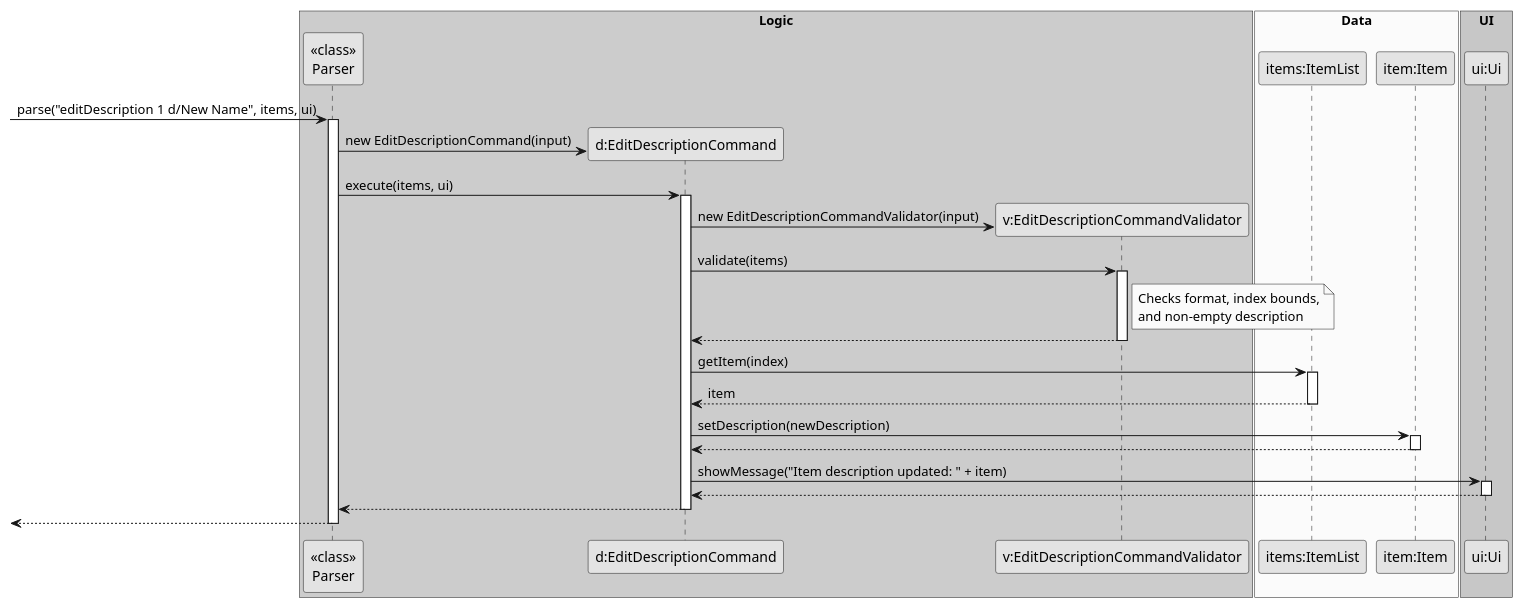
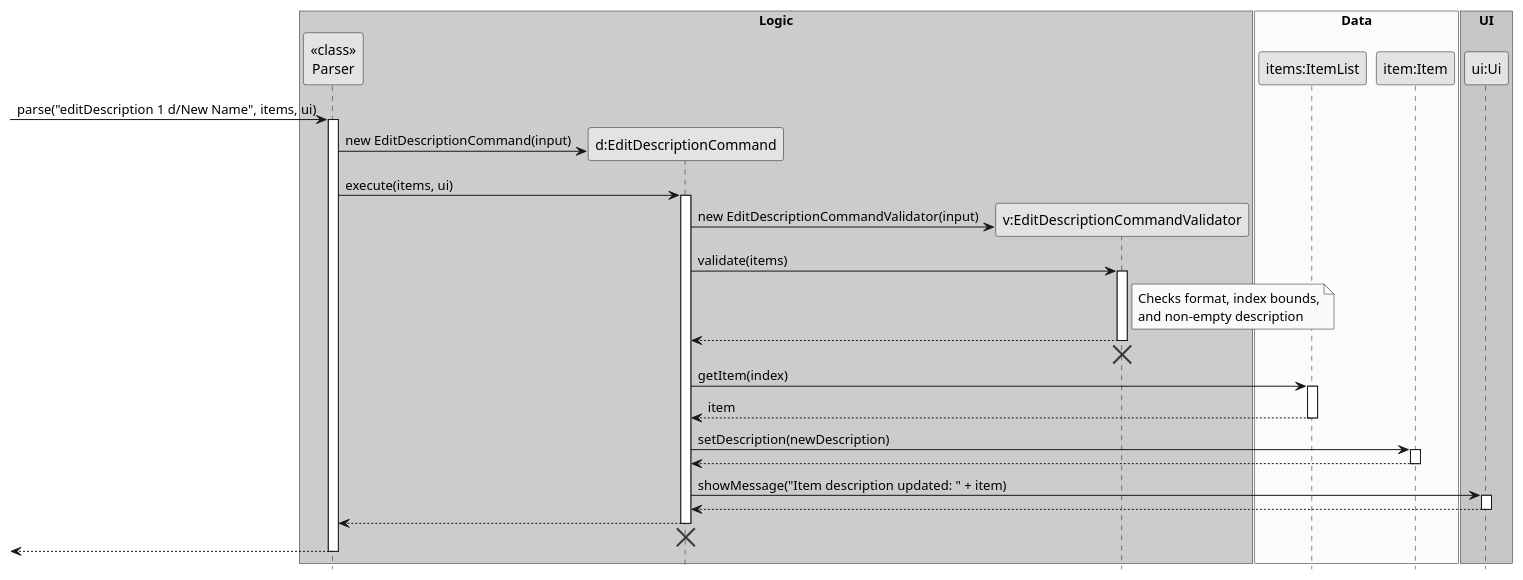
The diagram in docs/diagrams/EditDescriptionCommandSequenceDiagram.puml (fmohamedfaras/tp), drawn with PlantUML before and after one commit. The commit also changed 14 other files, not shown here.

First line of the commit message:
Edit uml sequence diagrams

```diff
--- a/docs/diagrams/EditDescriptionCommandSequenceDiagram.puml
+++ b/docs/diagrams/EditDescriptionCommandSequenceDiagram.puml
@@ -1,62 +1,67 @@
 @startuml
 skinparam monochrome true
 skinparam shadowing false
+hide footbox
 
 box "Logic" #LightBlue
 participant "<<class>>\nParser" as Parser
 participant "d:EditDescriptionCommand" as EditDescriptionCommand
 participant "v:EditDescriptionCommandValidator" as EditDescriptionCommandValidator
 end box
 
 box "Data" #LightYellow
 participant "items:ItemList" as ItemList
 participant "item:Item" as Item
 end box
 
 box "UI" #LightGreen
 participant "ui:Ui" as Ui
 end box
 
 -> Parser : parse("editDescription 1 d/New Name", items, ui)
 activate Parser
 
 create EditDescriptionCommand
 Parser -> EditDescriptionCommand : new EditDescriptionCommand(input)
 
 Parser -> EditDescriptionCommand : execute(items, ui)
 activate EditDescriptionCommand
 
 create EditDescriptionCommandValidator
 EditDescriptionCommand -> EditDescriptionCommandValidator : new EditDescriptionCommandValidator(input)
 
 EditDescriptionCommand -> EditDescriptionCommandValidator : validate(items)
 activate EditDescriptionCommandValidator
 note right of EditDescriptionCommandValidator
   Checks format, index bounds,
   and non-empty description
 end note
 EditDescriptionCommandValidator --> EditDescriptionCommand
 deactivate EditDescriptionCommandValidator
+EditDescriptionCommandValidator -[hidden]-> EditDescriptionCommand
+destroy EditDescriptionCommandValidator
 
 EditDescriptionCommand -> ItemList : getItem(index)
 activate ItemList
 ItemList --> EditDescriptionCommand : item
 deactivate ItemList
 
 EditDescriptionCommand -> Item : setDescription(newDescription)
 activate Item
 Item --> EditDescriptionCommand
 deactivate Item
 
 EditDescriptionCommand -> Ui : showMessage("Item description updated: " + item)
 activate Ui
 Ui --> EditDescriptionCommand
 deactivate Ui
 
 EditDescriptionCommand --> Parser
 deactivate EditDescriptionCommand
+EditDescriptionCommand -[hidden]-> Parser
+destroy EditDescriptionCommand
 
 <-- Parser
 deactivate Parser
 
 @enduml
```
